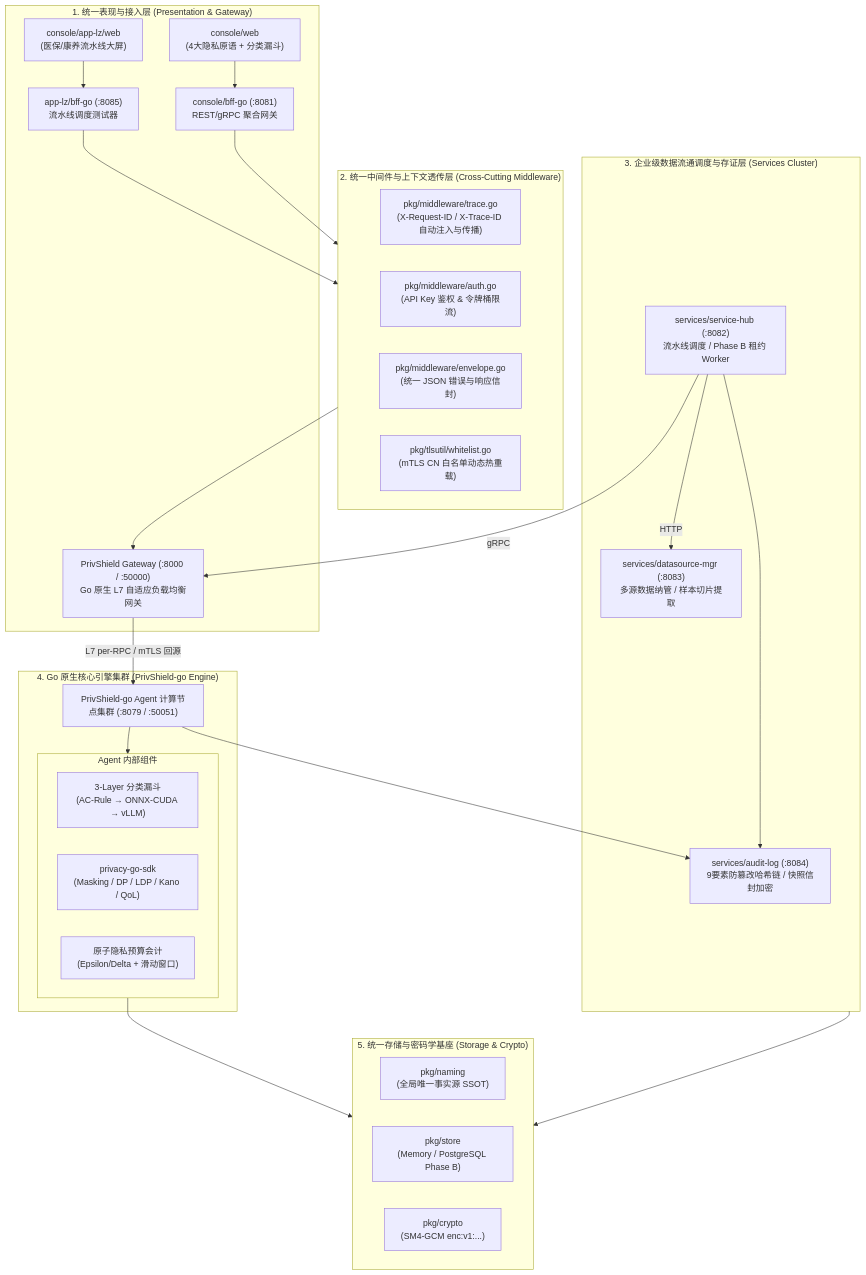
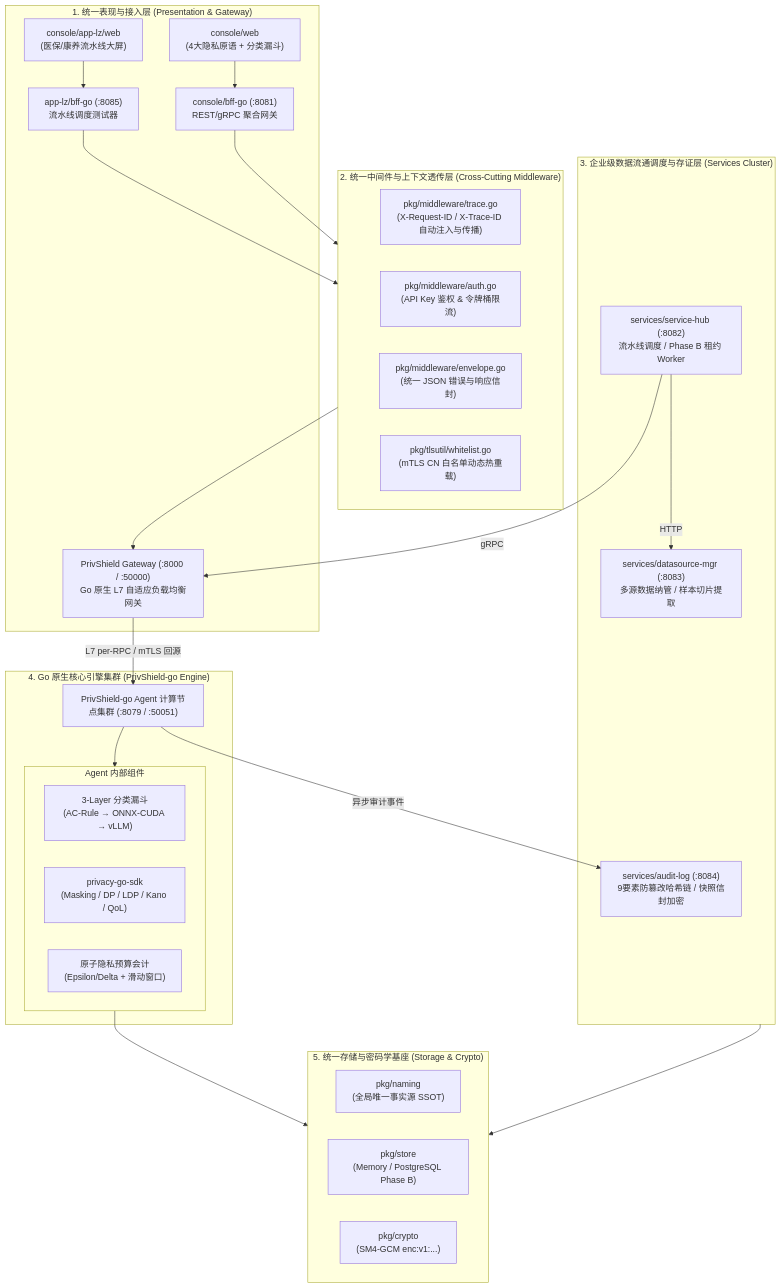
The first of 5 diagrams in docs/archive/go_engine_architecture_and_ner_cuda_design.md (fengzhizi319/PrivShield), drawn with Mermaid before and after one commit. The commit also changed other lines of this file, not shown here.

First line of the commit message:
docs: go_engine_architecture_and_ner_cuda_design.md v4.0.0 — 修复 7 类代码一致性问题

````diff
--- a/docs/archive/go_engine_architecture_and_ner_cuda_design.md
+++ b/docs/archive/go_engine_architecture_and_ner_cuda_design.md
@@ -176,50 +177,50 @@
 ```mermaid
 flowchart TD
     subgraph LayerPresentation ["1. 统一表现与接入层 (Presentation & Gateway)"]
         WebFull["console/web<br/>(4大隐私原语 + 分类漏斗)"]
         WebAppLZ["console/app-lz/web<br/>(医保/康养流水线大屏)"]
         BFFGo["console/bff-go (:8081)<br/>REST/gRPC 聚合网关"]
         BFFLZ["app-lz/bff-go (:8085)<br/>流水线调度测试器"]
         GoGW["PrivShield Gateway (:8000 / :50000)<br/>Go 原生 L7 自适应负载均衡网关"]
     end
 
     subgraph LayerMiddleware ["2. 统一中间件与上下文透传层 (Cross-Cutting Middleware)"]
         TraceMW["pkg/middleware/trace.go<br/>(X-Request-ID / X-Trace-ID 自动注入与传播)"]
         AuthMW["pkg/middleware/auth.go<br/>(API Key 鉴权 & 令牌桶限流)"]
         EnvelopeMW["pkg/middleware/envelope.go<br/>(统一 JSON 错误与响应信封)"]
         mTLSAuth["pkg/tlsutil/whitelist.go<br/>(mTLS CN 白名单动态热重载)"]
     end
 
     subgraph LayerGovernance ["3. 企业级数据流通调度与存证层 (Services Cluster)"]
         Hub["services/service-hub (:8082)<br/>流水线调度 / Phase B 租约 Worker"]
         DSMgr["services/datasource-mgr (:8083)<br/>多源数据纳管 / 样本切片提取"]
         Audit["services/audit-log (:8084)<br/>9要素防篡改哈希链 / 快照信封加密"]
     end
 
     subgraph LayerCoreCompute ["4. Go 原生核心引擎集群 (PrivShield-go Engine)"]
         AgentPool["PrivShield-go Agent 计算节点集群 (:8079 / :50051)"]
         subgraph EngineInternals ["Agent 内部组件"]
             Funnel["3-Layer 分类漏斗<br/>(AC-Rule → ONNX-CUDA → vLLM)"]
             Primitives["privacy-go-sdk<br/>(Masking / DP / LDP / Kano / QoL)"]
             Budget["原子隐私预算会计<br/>(Epsilon/Delta + 滑动窗口)"]
         end
     end
 
     subgraph LayerStorageSecurity ["5. 统一存储与密码学基座 (Storage & Crypto)"]
         SSOT["pkg/naming<br/>(全局唯一事实源 SSOT)"]
         StoreFacade["pkg/store<br/>(Memory / PostgreSQL Phase B)"]
         EnvelopeCrypto["pkg/crypto<br/>(SM4-GCM enc:v1:...)"]
     end
 
     WebFull --> BFFGo
     WebAppLZ --> BFFLZ
     BFFGo & BFFLZ --> LayerMiddleware
     LayerMiddleware --> GoGW
     GoGW -->|L7 per-RPC / mTLS 回源| AgentPool
     AgentPool --> EngineInternals
     Hub -->|gRPC| GoGW
     Hub -->|HTTP| DSMgr
-    Hub & AgentPool --> Audit
+    AgentPool -->|异步审计事件| Audit
     LayerGovernance --> LayerStorageSecurity
     EngineInternals --> LayerStorageSecurity
 ```
````
